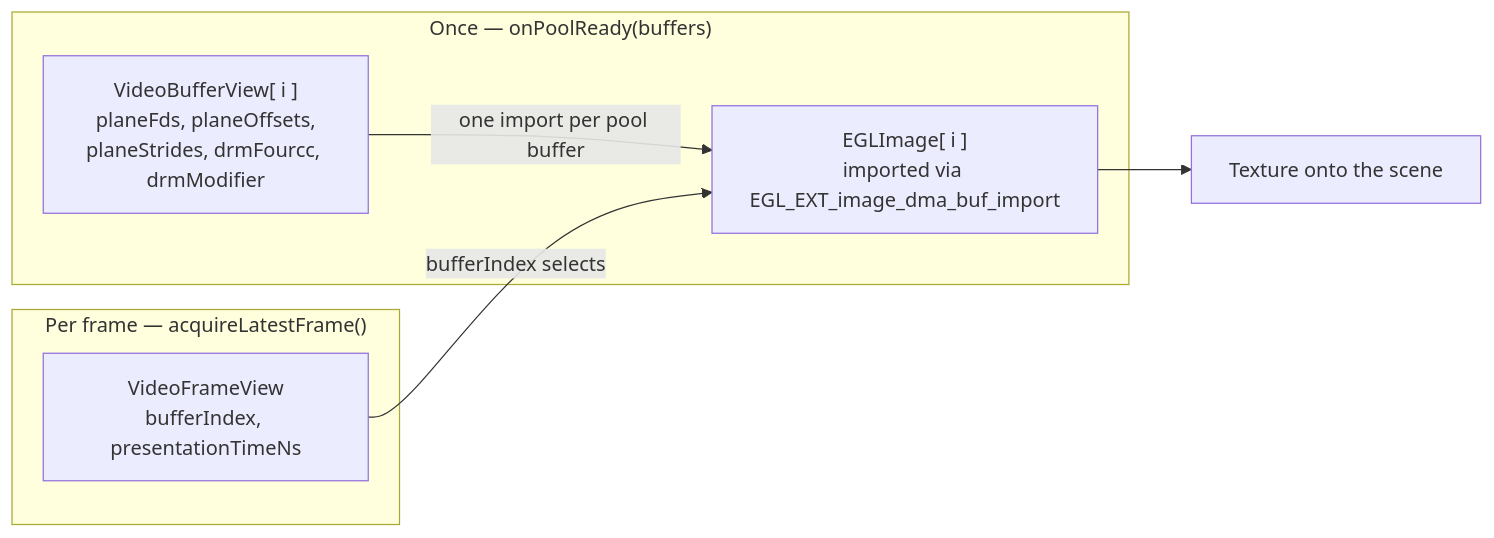
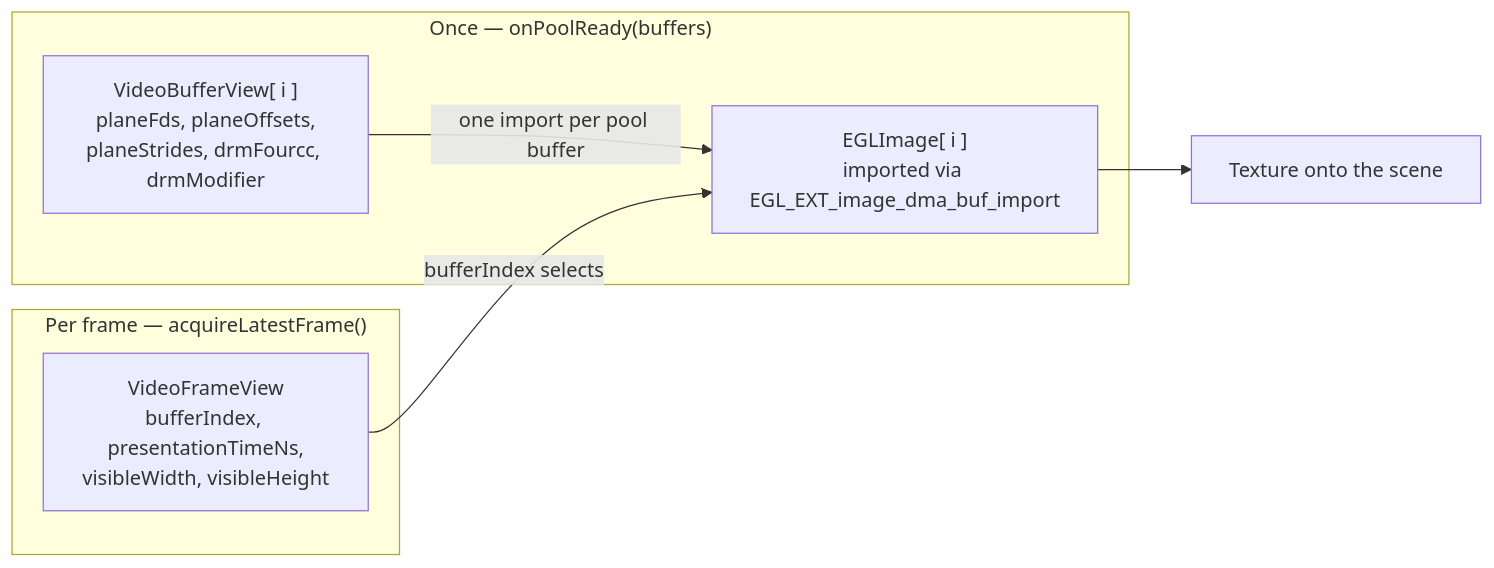
One commit to rdkcentral/rdk-halif-aidl changed the sixth of 6 diagrams in videocapture/current/docs/videocapture_interface.md. Above: the diagram before and after it, drawn with Mermaid. The commit also changed other lines of this file and 15 other files, not shown here.

````diff
--- a/videocapture/current/docs/videocapture_interface.md
+++ b/videocapture/current/docs/videocapture_interface.md
@@ -781,17 +785,17 @@
 ```mermaid
 flowchart LR
     %% --- Once, at onPoolReady() ---
     subgraph Once["Once — onPoolReady(buffers)"]
         BV["VideoBufferView[ i ]<br/>planeFds, planeOffsets,<br/>planeStrides, drmFourcc, drmModifier"]
         IMG["EGLImage[ i ]<br/>imported via EGL_EXT_image_dma_buf_import"]
         BV -->|one import per pool buffer| IMG
     end
 
     %% --- Per frame ---
     subgraph PerFrame["Per frame — acquireLatestFrame()"]
-        FV["VideoFrameView<br/>bufferIndex, presentationTimeNs"]
+        FV["VideoFrameView<br/>bufferIndex, presentationTimeNs,<br/>visibleWidth, visibleHeight"]
     end
 
     FV -->|bufferIndex selects| IMG
     IMG --> Draw["Texture onto the scene"]
 ```
````
